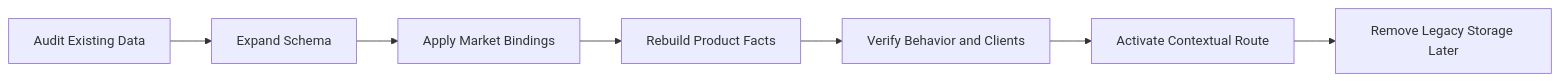
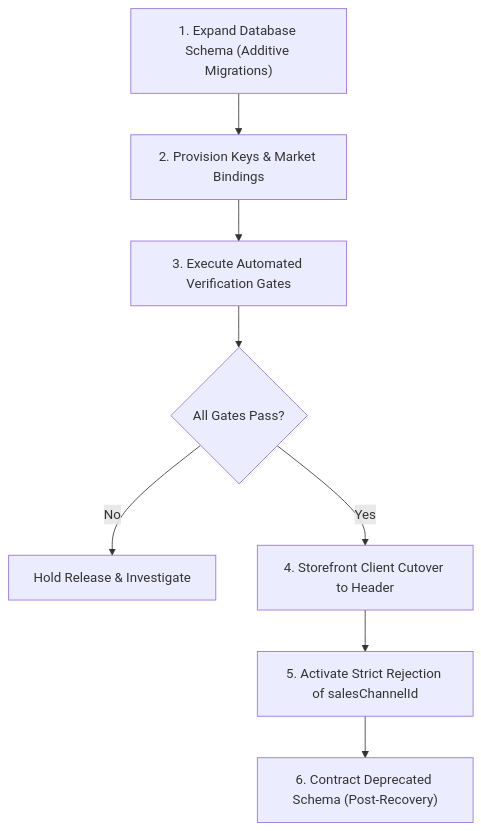
Before and after one commit to khinemyaezin/grab: the first of 4 diagrams in docs/spec/system/contextual-discovery-rollout-tech-spec.md, drawn with Mermaid. The commit also changed other lines of this file and 22 other files, not shown here.

````diff
--- a/docs/spec/system/contextual-discovery-rollout-tech-spec.md
+++ b/docs/spec/system/contextual-discovery-rollout-tech-spec.md
@@ -28,9 +43,10 @@
 ```mermaid
-flowchart LR
-    Audit["Audit Existing Data"] --> Expand["Expand Schema"]
-    Expand --> Configure["Apply Market Bindings"]
-    Configure --> Rebuild["Rebuild Product Facts"]
-    Rebuild --> Verify["Verify Behavior and Clients"]
-    Verify --> Cutover["Activate Contextual Route"]
-    Cutover --> Contract["Remove Legacy Storage Later"]
+flowchart TD
+    Stage1["1. Expand Database Schema (Additive Migrations)"] --> Stage2["2. Provision Keys & Market Bindings"]
+    Stage2 --> Stage3["3. Execute Automated Verification Gates"]
+    Stage3 --> CheckGates{"All Gates Pass?"}
+    CheckGates -->|No| Hold["Hold Release & Investigate"]
+    CheckGates -->|Yes| Stage4["4. Storefront Client Cutover to Header"]
+    Stage4 --> Stage5["5. Activate Strict Rejection of salesChannelId"]
+    Stage5 --> Stage6["6. Contract Deprecated Schema (Post-Recovery)"]
 ```
````
